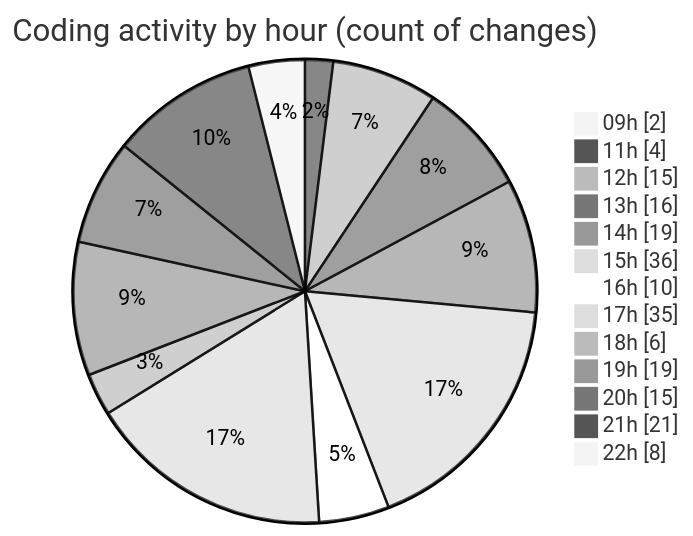
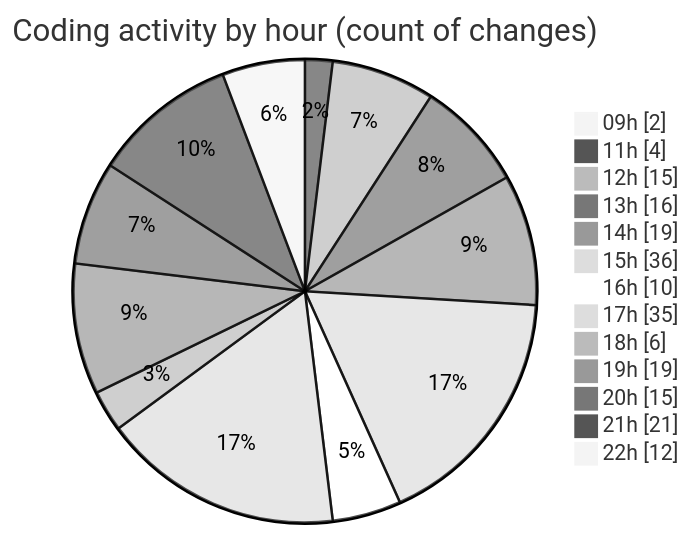
One commit to Elitesun/code-tracking changed the second of 2 diagrams in 2025-04-30/niten/README.md. Above: the diagram before and after it, drawn with Mermaid (neutral theme). The commit also changed other lines of this file and 1 other file, not shown here.

````diff
--- a/2025-04-30/niten/README.md
+++ b/2025-04-30/niten/README.md
@@ -83,17 +84,17 @@
 ```mermaid
 pie showData
 title Coding activity by hour (count of changes)
 "09h" : 2
 "11h" : 4
 "12h" : 15
 "13h" : 16
 "14h" : 19
 "15h" : 36
 "16h" : 10
 "17h" : 35
 "18h" : 6
 "19h" : 19
 "20h" : 15
 "21h" : 21
-"22h" : 8
+"22h" : 12
 ```
````
